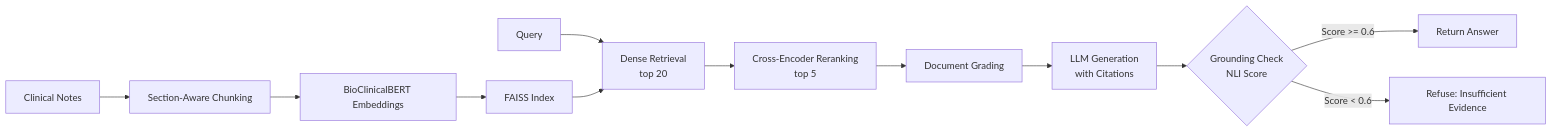
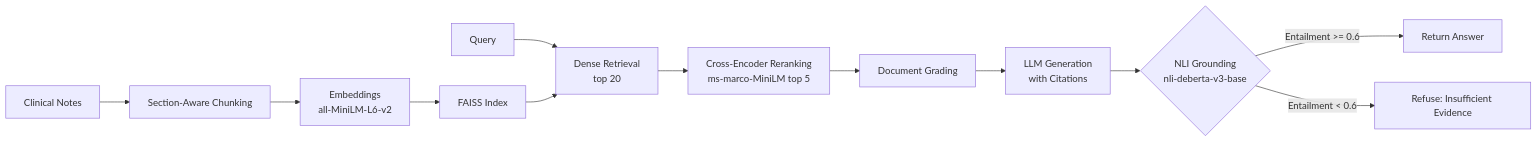
Before and after one commit to siddhant-rajhans/clinical-notes-rag: the diagram in README.md, drawn with Mermaid. The commit also changed other lines of this file, not shown here.

````diff
--- a/README.md
+++ b/README.md
@@ -7,14 +29,14 @@
 ```mermaid
 graph LR
     A[Clinical Notes] --> B[Section-Aware Chunking]
-    B --> C[BioClinicalBERT Embeddings]
+    B --> C[Embeddings<br/>all-MiniLM-L6-v2]
     C --> D[FAISS Index]
     E[Query] --> F[Dense Retrieval<br/>top 20]
     D --> F
-    F --> G[Cross-Encoder Reranking<br/>top 5]
+    F --> G[Cross-Encoder Reranking<br/>ms-marco-MiniLM top 5]
     G --> H[Document Grading]
     H --> I[LLM Generation<br/>with Citations]
-    I --> J{Grounding Check<br/>NLI Score}
-    J -->|Score >= 0.6| K[Return Answer]
-    J -->|Score < 0.6| L[Refuse: Insufficient Evidence]
+    I --> J{NLI Grounding<br/>nli-deberta-v3-base}
+    J -->|Entailment >= 0.6| K[Return Answer]
+    J -->|Entailment < 0.6| L[Refuse: Insufficient Evidence]
 ```
````
